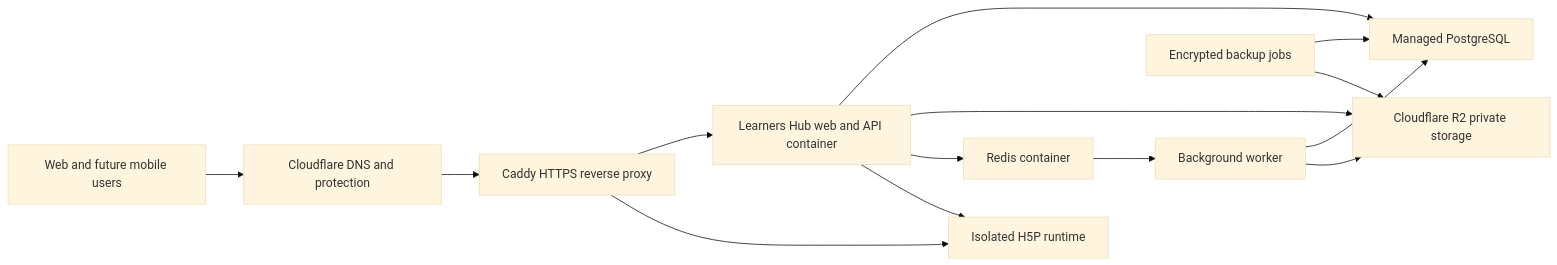
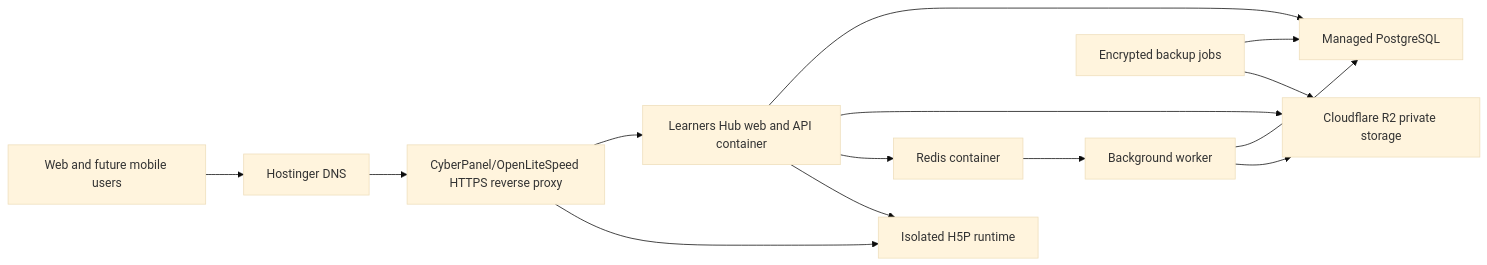
The diagram in docs/vps-container-architecture.md (StephAJ/learners-hub-ghana), drawn with Mermaid (base theme) before and after one commit. The commit also changed other lines of this file and 12 other files, not shown here.

Commit message:
Add CyberPanel-compatible VPS containers

````diff
--- a/docs/vps-container-architecture.md
+++ b/docs/vps-container-architecture.md
@@ -84,20 +85,20 @@
 ```mermaid
 flowchart LR
-    U["Web and future mobile users"] --> CF["Cloudflare DNS and protection"]
-    CF --> C["Caddy HTTPS reverse proxy"]
+    U["Web and future mobile users"] --> DNS["Hostinger DNS"]
+    DNS --> C["CyberPanel/OpenLiteSpeed HTTPS reverse proxy"]
 
     C --> W["Learners Hub web and API container"]
     C --> H["Isolated H5P runtime"]
 
     W --> P["Managed PostgreSQL"]
     W --> R["Cloudflare R2 private storage"]
     W --> Q["Redis container"]
     W --> H
 
     Q --> J["Background worker"]
     J --> P
     J --> R
 
     B["Encrypted backup jobs"] --> P
     B --> R
 ```
````
